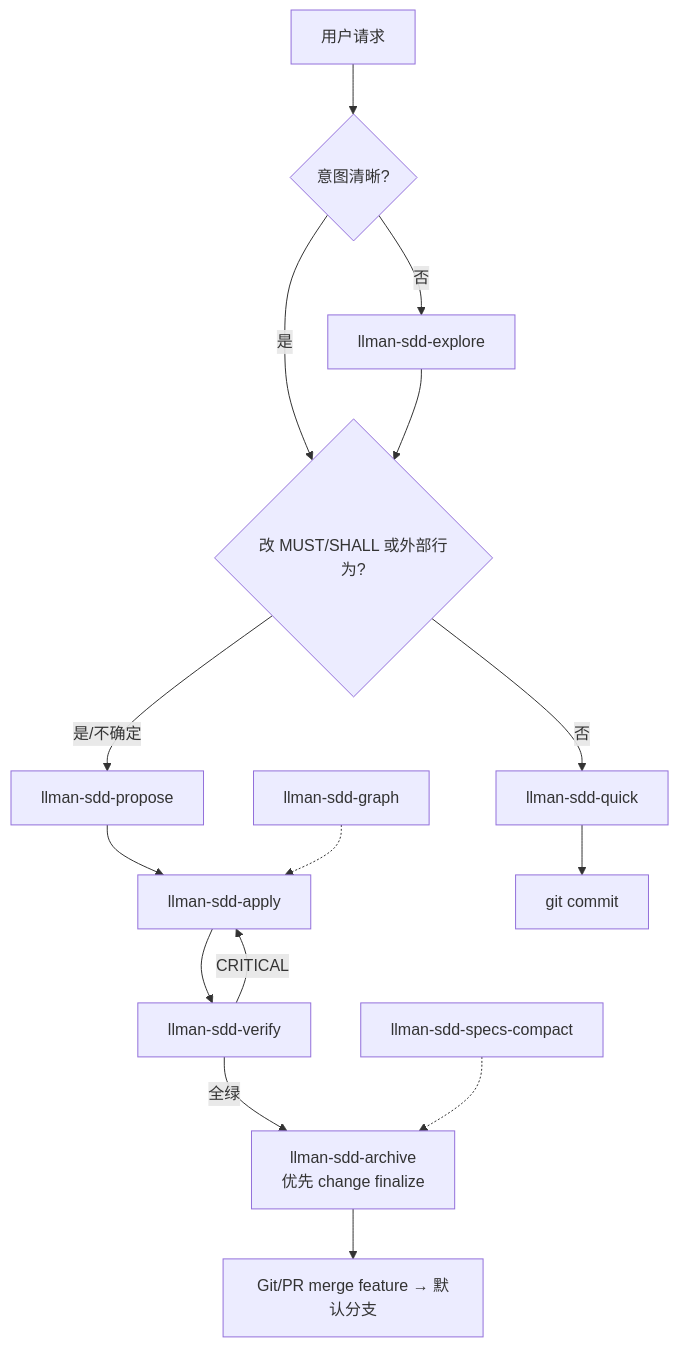
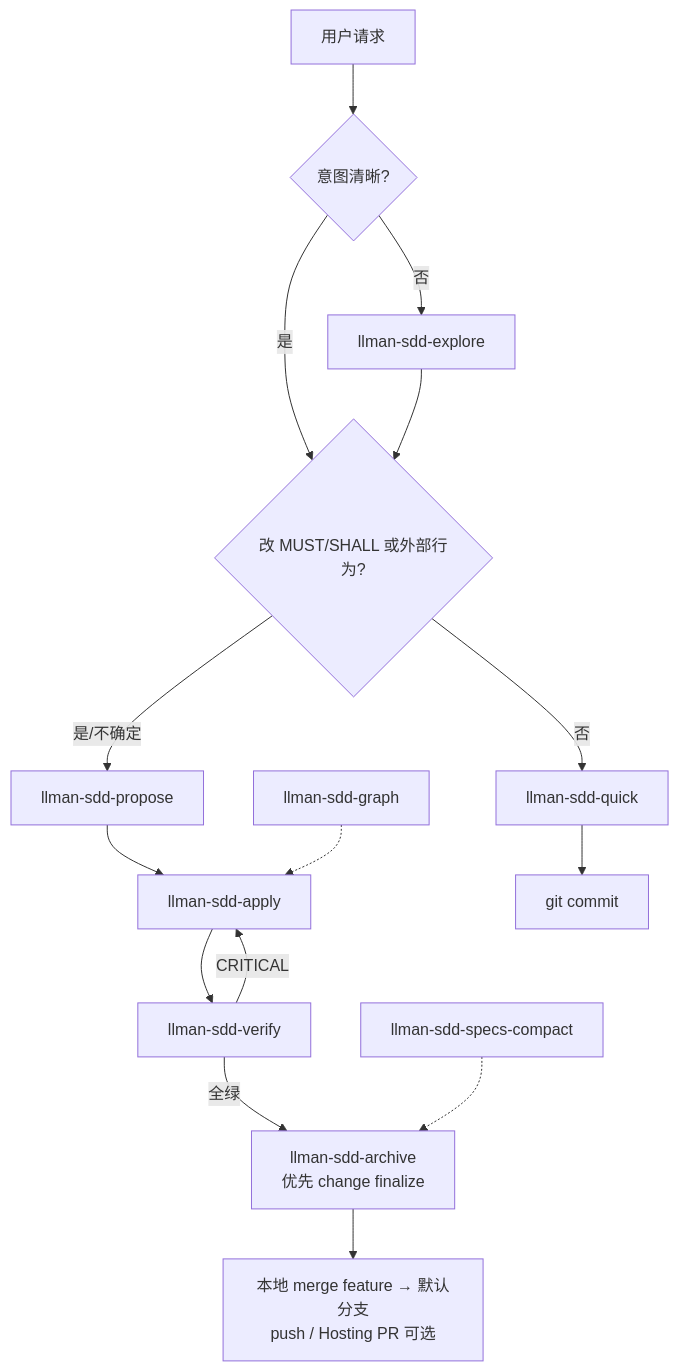
One commit to StrayDragon/llman changed the first of 2 diagrams in docs/sdd/pipeline-bdd-on.md. Above: the diagram before and after it, drawn with Mermaid. The commit also changed other lines of this file and 26 other files, not shown here.

````diff
--- a/docs/sdd/pipeline-bdd-on.md
+++ b/docs/sdd/pipeline-bdd-on.md
@@ -7,17 +7,17 @@
 ```mermaid
 flowchart TD
   U[用户请求] --> A{意图清晰?}
   A -->|否| E[llman-sdd-explore]
   A -->|是| T{改 MUST/SHALL 或外部行为?}
   T -->|否| Q[llman-sdd-quick]
   T -->|是/不确定| P[llman-sdd-propose]
   E --> T
   P --> AP[llman-sdd-apply]
   AP --> V[llman-sdd-verify]
   V -->|CRITICAL| AP
   V -->|全绿| AR[llman-sdd-archive<br/>优先 change finalize]
-  AR --> PR[Git/PR merge feature → 默认分支]
+  AR --> PR[本地 merge feature → 默认分支<br/>push / Hosting PR 可选]
   Q --> C[git commit]
   G[llman-sdd-graph] -.-> AP
   SC[llman-sdd-specs-compact] -.-> AR
 ```
````
